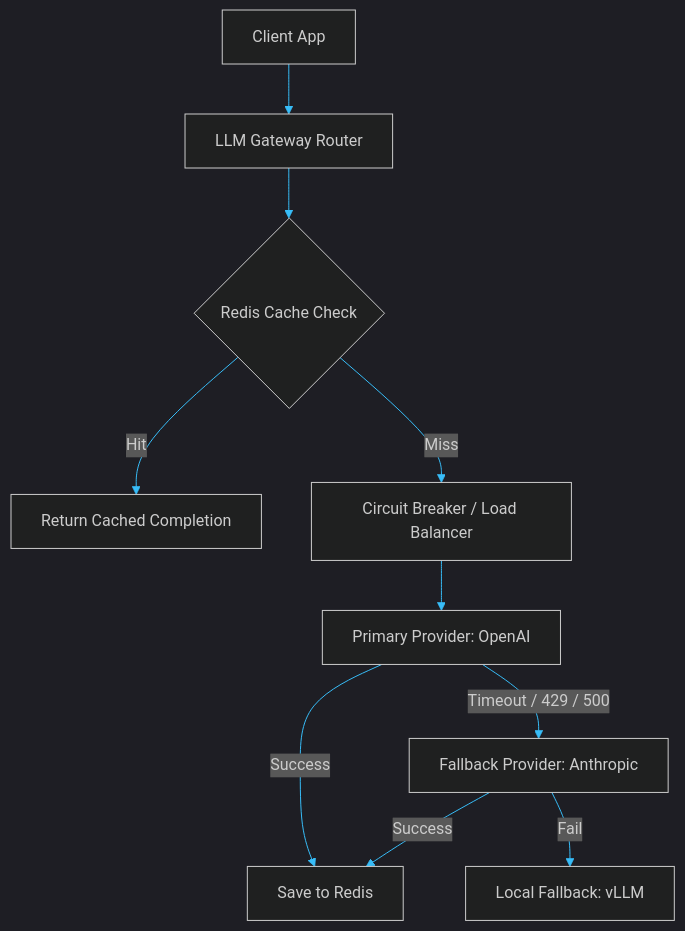
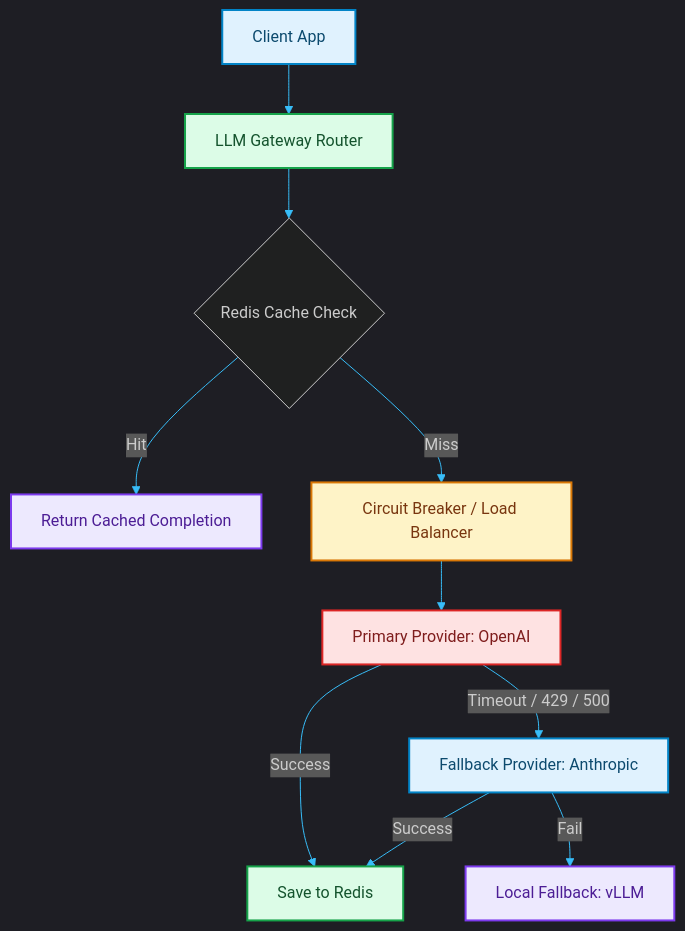
One commit to akmalkhaniub/akmalkhaniub.github.io changed the diagram in blog/posts/llm-gateway-pattern-resilience.md. Above: the diagram before and after it, drawn with Mermaid. The commit also changed other lines of this file and 1291 other files, not shown here.

First line of the commit message:
feat(catalog): unique covers, scholarly references, and diagram palettes

````diff
--- a/blog/posts/llm-gateway-pattern-resilience.md
+++ b/blog/posts/llm-gateway-pattern-resilience.md
@@ -17,13 +17,24 @@
 ```mermaid
 %%{init: {'theme': 'dark', 'themeVariables': { 'primaryColor': '#38bdf8', 'primaryTextColor': '#f3f4f6', 'primaryBorderColor': '#0ea5e9', 'lineColor': '#38bdf8', 'secondaryColor': '#111827', 'tertiaryColor': '#0b0f19'}}}%%
 flowchart TD
-    Client[Client App] --> Gateway[LLM Gateway Router]
+    Client["Client App"] --> Gateway["LLM Gateway Router"]
     Gateway --> Cache{Redis Cache Check}
-    Cache -- Hit --> ReturnCache[Return Cached Completion]
-    Cache -- Miss --> Router[Circuit Breaker / Load Balancer]
-    Router --> Primary[Primary Provider: OpenAI]
-    Primary -- Timeout / 429 / 500 --> Secondary[Fallback Provider: Anthropic]
-    Primary -- Success --> SaveCache[Save to Redis]
+    Cache -- Hit --> ReturnCache["Return Cached Completion"]
+    Cache -- Miss --> Router["Circuit Breaker / Load Balancer"]
+    Router --> Primary["Primary Provider: OpenAI"]
+    Primary -- Timeout / 429 / 500 --> Secondary["Fallback Provider: Anthropic"]
+    Primary -- Success --> SaveCache["Save to Redis"]
     Secondary -- Success --> SaveCache
-    Secondary -- Fail --> Local[Local Fallback: vLLM]
+    Secondary -- Fail --> Local["Local Fallback: vLLM"]
+
+classDef green fill:#dcfce7,stroke:#16a34a,stroke-width:2px,color:#14532d;
+classDef red fill:#fee2e2,stroke:#dc2626,stroke-width:2px,color:#7f1d1d;
+classDef blue fill:#e0f2fe,stroke:#0284c7,stroke-width:2px,color:#0c4a6e;
+classDef yellow fill:#fef3c7,stroke:#d97706,stroke-width:2px,color:#78350f;
+classDef purple fill:#ede9fe,stroke:#7c3aed,stroke-width:2px,color:#4c1d95;
+class Client,Secondary blue
+class Gateway,SaveCache green
+class ReturnCache,Local purple
+class Router yellow
+class Primary red
 ```
````
